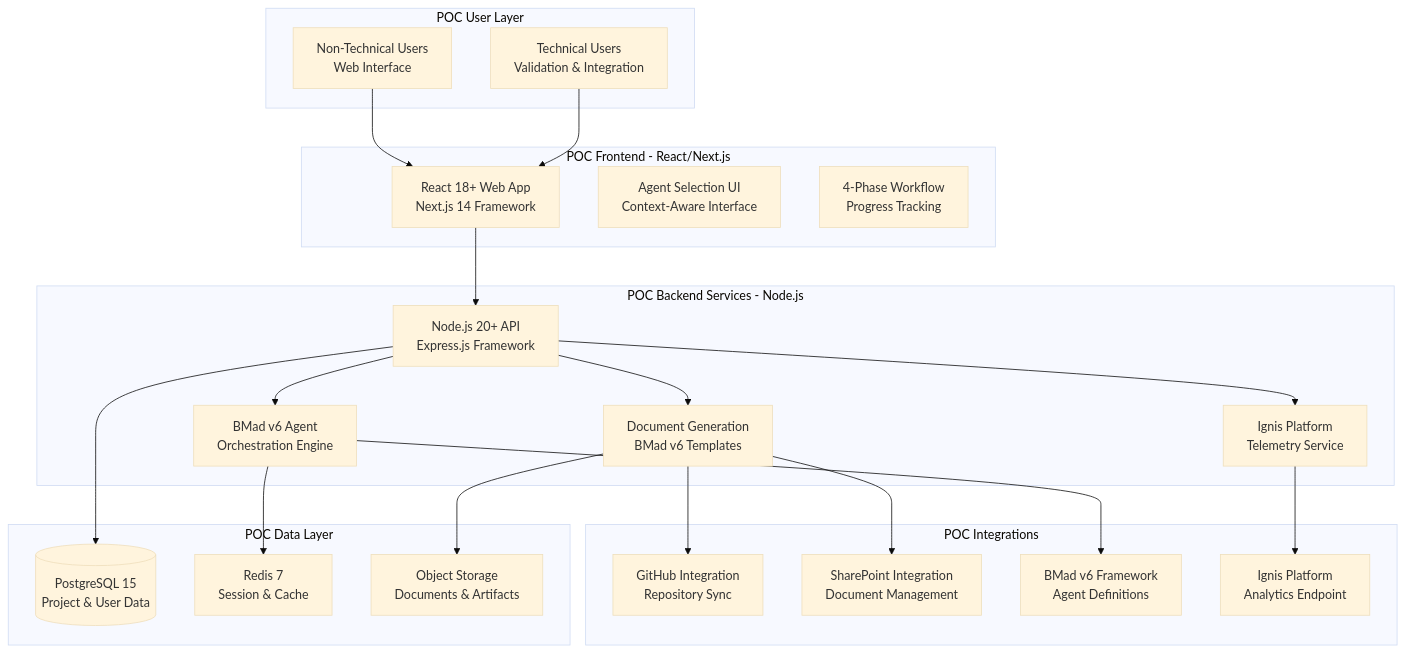
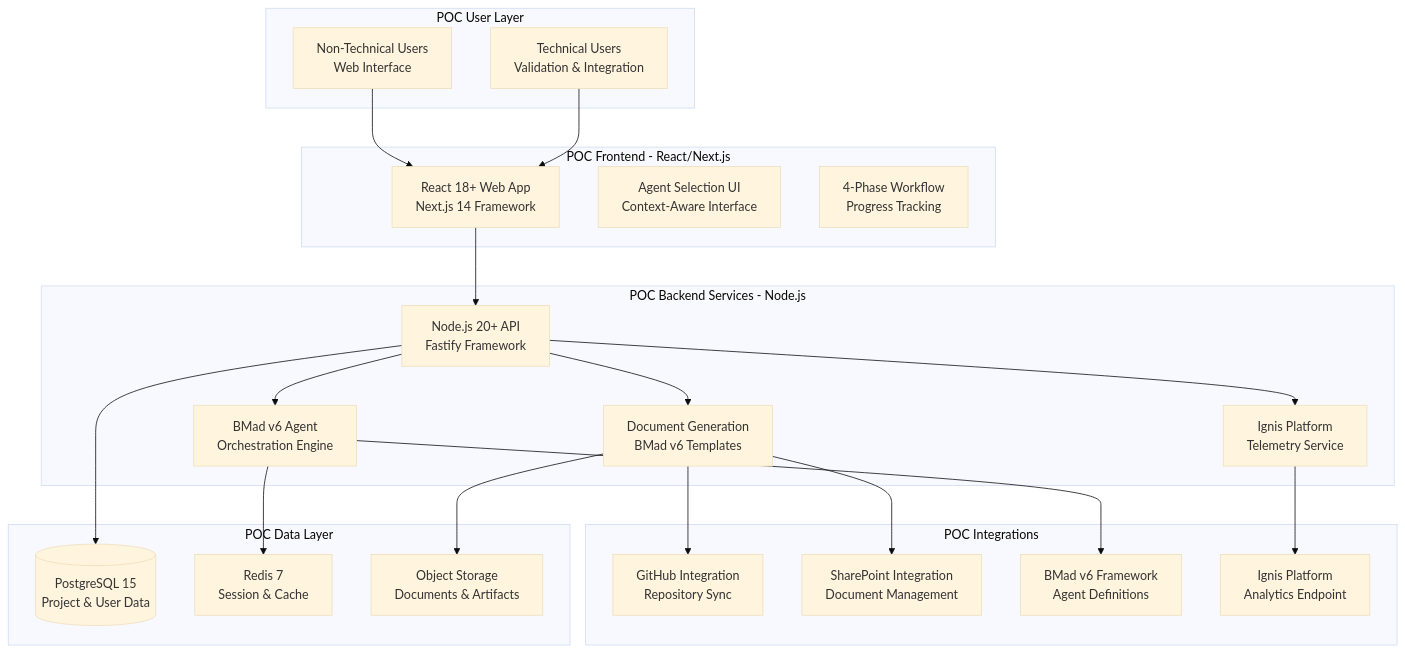
The first of 18 diagrams in docs/architecture.md (Ig-Saad/bmad-test-repo-003), drawn with Mermaid (base theme) before and after one commit. The commit also changed other lines of this file and 28 other files, not shown here.

````diff
--- a/docs/architecture.md
+++ b/docs/architecture.md
@@ -44,49 +55,49 @@
 ```mermaid
 graph TB
     subgraph "POC User Layer"
         POCBU[Non-Technical Users<br/>Web Interface]
         POCDEV[Technical Users<br/>Validation & Integration]
     end
 
     subgraph "POC Frontend - React/Next.js"
         POCWEB[React 18+ Web App<br/>Next.js 14 Framework]
         POCAGENT[Agent Selection UI<br/>Context-Aware Interface]
         POCPHASE[4-Phase Workflow<br/>Progress Tracking]
     end
 
     subgraph "POC Backend Services - Node.js"
-        POCAPI[Node.js 20+ API<br/>Express.js Framework]
+        POCAPI[Node.js 20+ API<br/>Fastify Framework]
         POCORCH[BMad v6 Agent<br/>Orchestration Engine]
         POCDOC[Document Generation<br/>BMad v6 Templates]
         POCTEL[Ignis Platform<br/>Telemetry Service]
     end
 
     subgraph "POC Integrations"
         POCGH[GitHub Integration<br/>Repository Sync]
         POCSP[SharePoint Integration<br/>Document Management]
         POCBMAD[BMad v6 Framework<br/>Agent Definitions]
         POCIGNIS[Ignis Platform<br/>Analytics Endpoint]
     end
 
     subgraph "POC Data Layer"
         POCDB[(PostgreSQL 15<br/>Project & User Data)]
         POCREDIS[Redis 7<br/>Session & Cache]
         POCSTORAGE[Object Storage<br/>Documents & Artifacts]
     end
 
     POCBU --> POCWEB
     POCDEV --> POCWEB
     POCWEB --> POCAPI
     POCAPI --> POCORCH
     POCAPI --> POCDOC
     POCAPI --> POCTEL
 
     POCORCH --> POCBMAD
     POCDOC --> POCGH
     POCDOC --> POCSP
     POCTEL --> POCIGNIS
 
     POCAPI --> POCDB
     POCORCH --> POCREDIS
     POCDOC --> POCSTORAGE
 ```
````
